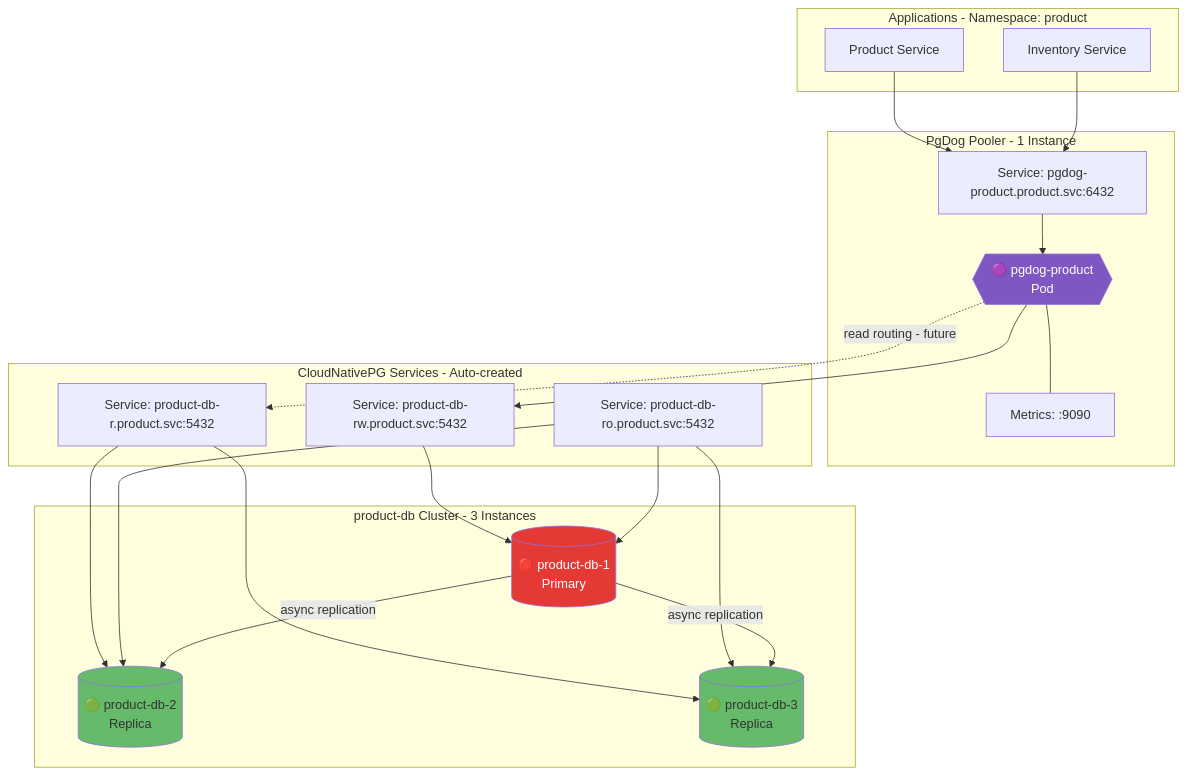
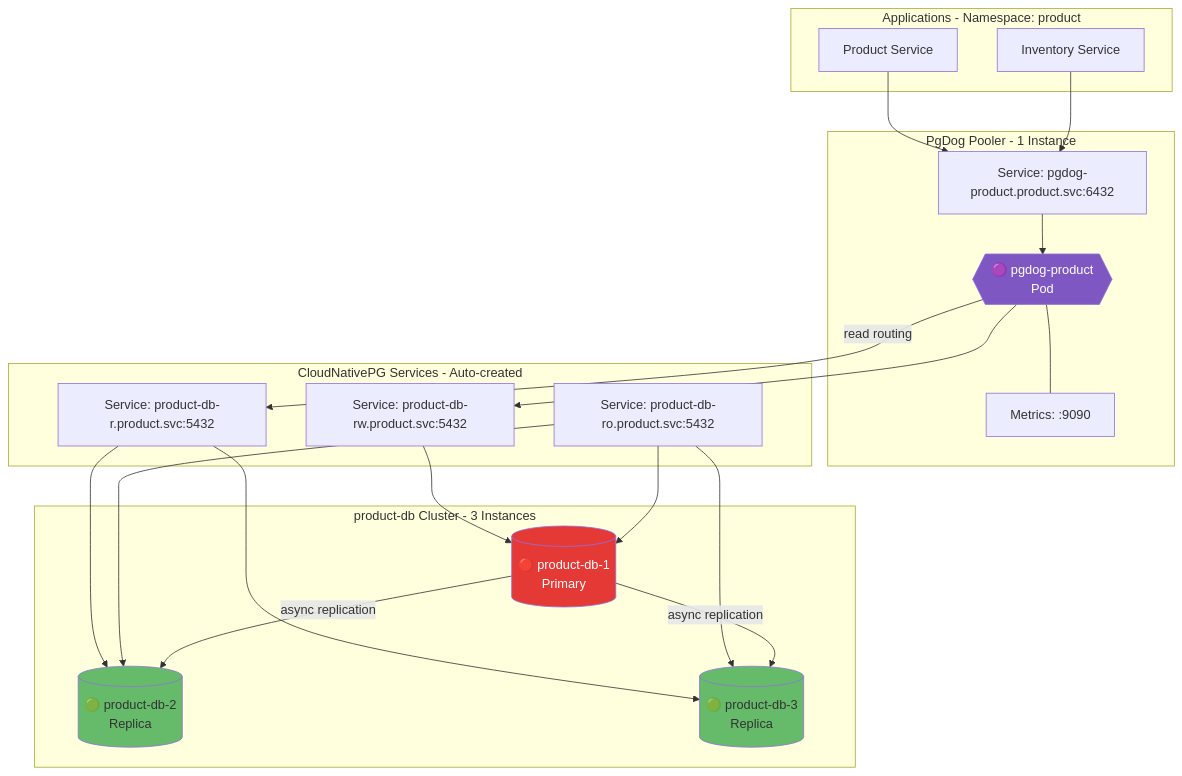
One commit to duynhlab/homelab changed the fourth of 6 diagrams in kubernetes/infra/configs/databases/clusters/README.md. Above: the diagram before and after it, drawn with Mermaid. The commit also changed other lines of this file and 15 other files, not shown here.

````diff
--- a/kubernetes/infra/configs/databases/clusters/README.md
+++ b/kubernetes/infra/configs/databases/clusters/README.md
@@ -305,45 +298,45 @@
 ```mermaid
 flowchart TD
     subgraph Apps["Applications - Namespace: product"]
         ProductService["Product Service"]
         InventoryService["Inventory Service"]
     end
 
     subgraph Pooler["PgDog Pooler - 1 Instance"]
         PgDog{{"🟣 pgdog-product<br/>Pod"}}
         PgDogSvc["Service: pgdog-product.product.svc:6432"]
         PgDogMetrics["Metrics: :9090"]
     end
 
     subgraph CNPGSvc["CloudNativePG Services - Auto-created"]
         RWSvc["Service: product-db-rw.product.svc:5432"]
         RSvc["Service: product-db-r.product.svc:5432"]
         ROSvc["Service: product-db-ro.product.svc:5432"]
     end
 
     subgraph Cluster["product-db Cluster - 3 Instances"]
         Primary[("🔴 product-db-1<br/>Primary")]
         Replica1[("🟢 product-db-2<br/>Replica")]
         Replica2[("🟢 product-db-3<br/>Replica")]
     end
 
     ProductService --> PgDogSvc
     InventoryService --> PgDogSvc
     PgDogSvc --> PgDog
     PgDog --> RWSvc
-    PgDog -.->|"read routing - future"| RSvc
+    PgDog -->|"read routing"| RSvc
     RWSvc --> Primary
     RSvc --> Replica1
     RSvc --> Replica2
     ROSvc --> Primary
     ROSvc --> Replica1
     ROSvc --> Replica2
     Primary -->|"async replication"| Replica1
     Primary -->|"async replication"| Replica2
     PgDog --- PgDogMetrics
     
     style Primary fill:#E53935,color:#fff
     style Replica1 fill:#66BB6A
     style Replica2 fill:#66BB6A
     style PgDog fill:#7E57C2,color:#fff
 ```
````
